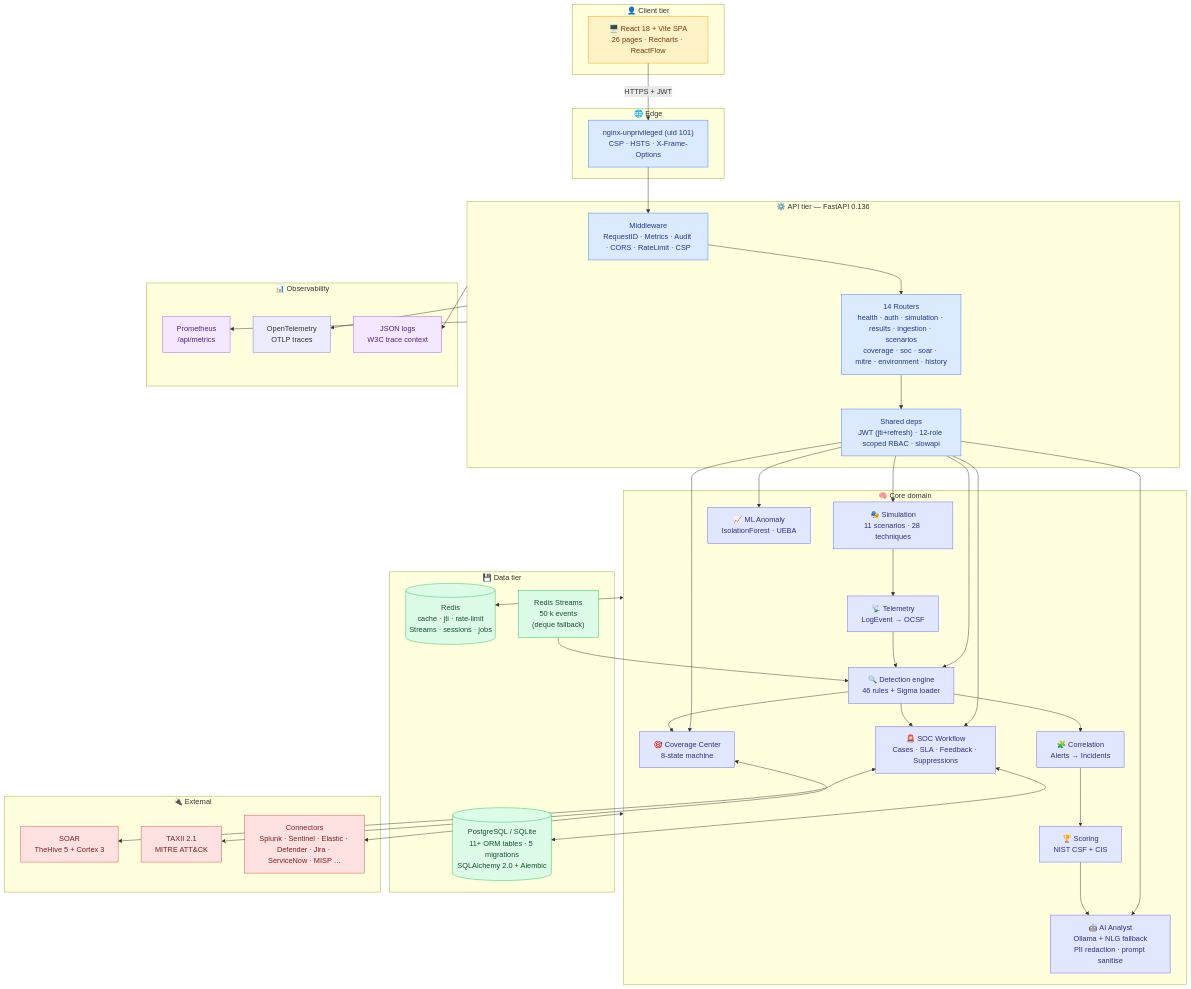
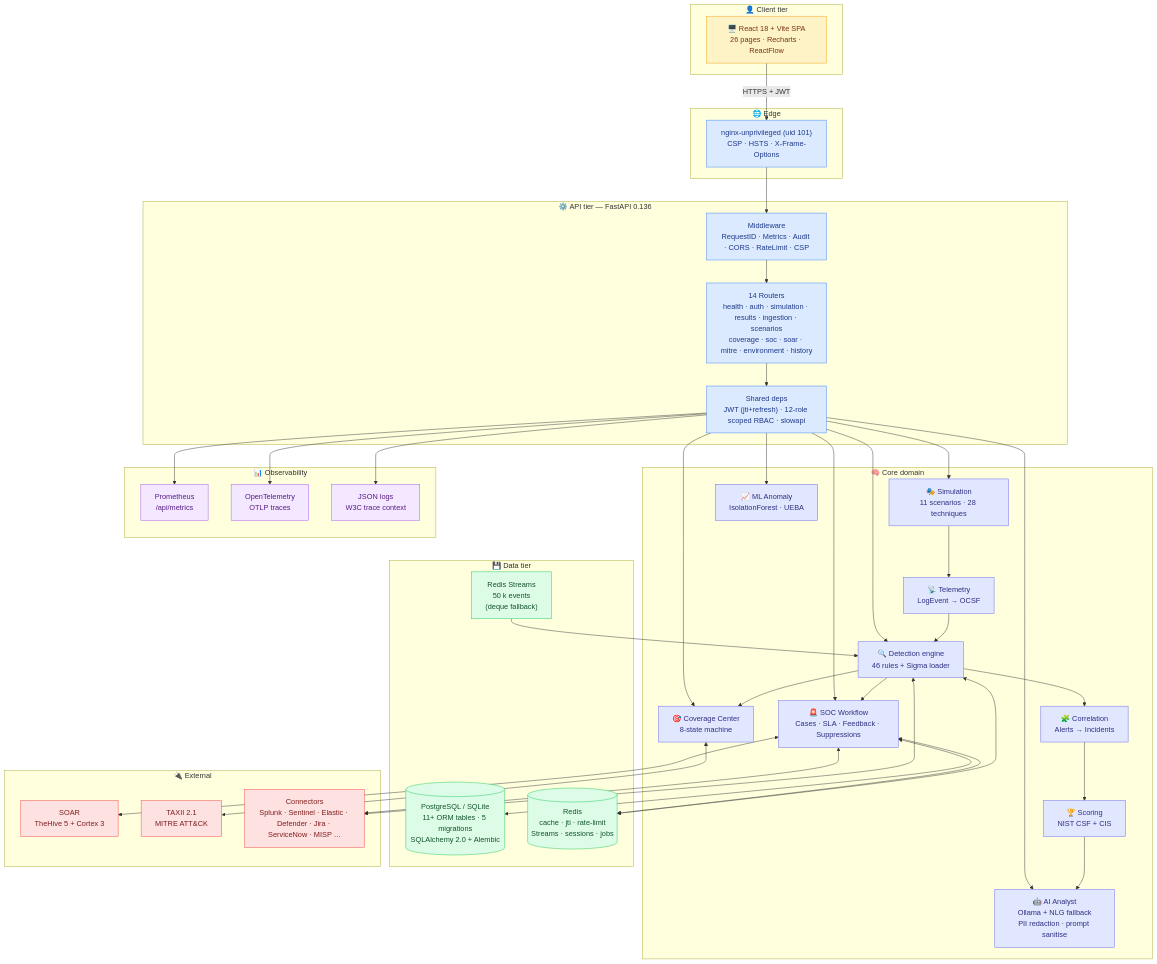
Before and after one commit to omarbabba779xx/CyberTwin-SOC: the fourth of 19 diagrams in README.md, drawn with Mermaid. The commit also changed other lines of this file, not shown here.

First line of the commit message:
docs(readme): fix Mermaid diagrams for GitHub rendering

````diff
--- a/README.md
+++ b/README.md
@@ -313,73 +313,75 @@
 ```mermaid
 flowchart TB
     subgraph Client["👤 Client tier"]
         UI["🖥️ React 18 + Vite SPA<br/>26 pages · Recharts · ReactFlow"]
     end
 
     subgraph Edge["🌐 Edge"]
         NX["nginx-unprivileged (uid 101)<br/>CSP · HSTS · X-Frame-Options"]
     end
 
     subgraph API["⚙️ API tier — FastAPI 0.136"]
         MW["Middleware<br/>RequestID · Metrics · Audit · CORS · RateLimit · CSP"]
         ROUT["14 Routers<br/>health · auth · simulation · results · ingestion · scenarios<br/>coverage · soc · soar · mitre · environment · history"]
         DEPS["Shared deps<br/>JWT (jti+refresh) · 12-role scoped RBAC · slowapi"]
     end
 
     subgraph Core["🧠 Core domain"]
         SIM["🎭 Simulation<br/>11 scenarios · 28 techniques"]
         TEL["📡 Telemetry<br/>LogEvent → OCSF"]
         DET["🔍 Detection engine<br/>46 rules + Sigma loader"]
         COR["🧩 Correlation<br/>Alerts → Incidents"]
         SCO["🏆 Scoring<br/>NIST CSF + CIS"]
         AI["🤖 AI Analyst<br/>Ollama + NLG fallback<br/>PII redaction · prompt sanitise"]
         ANO["📈 ML Anomaly<br/>IsolationForest · UEBA"]
         SOC["🚨 SOC Workflow<br/>Cases · SLA · Feedback · Suppressions"]
         COV["🎯 Coverage Center<br/>8-state machine"]
     end
 
     subgraph Data["💾 Data tier"]
         DB[("PostgreSQL / SQLite<br/>11+ ORM tables · 5 migrations<br/>SQLAlchemy 2.0 + Alembic")]
         REDIS[("Redis<br/>cache · jti · rate-limit<br/>Streams · sessions · jobs")]
         BUF["Redis Streams<br/>50 k events<br/>(deque fallback)"]
     end
 
     subgraph Obs["📊 Observability"]
         PROM["Prometheus<br/>/api/metrics"]
         OTEL["OpenTelemetry<br/>OTLP traces"]
         LOG["JSON logs<br/>W3C trace context"]
     end
 
     subgraph Ext["🔌 External"]
         SOAR["SOAR<br/>TheHive 5 + Cortex 3"]
         TAXII["TAXII 2.1<br/>MITRE ATT&CK"]
         CONN["Connectors<br/>Splunk · Sentinel · Elastic · Defender · Jira · ServiceNow · MISP …"]
     end
 
     UI -->|HTTPS + JWT| NX --> MW --> ROUT --> DEPS
     DEPS --> SIM & DET & SOC & COV & AI & ANO
     SIM --> TEL --> DET --> COR --> SCO --> AI
     DET --> SOC
     BUF --> DET
     SOC <--> DB
     DET --> COV
-    Core <--> REDIS
-    API --> PROM & OTEL & LOG
+    SOC <--> REDIS
+    DET <--> REDIS
+    DEPS --> PROM & OTEL & LOG
     SOC <--> SOAR
     COV <--> TAXII
-    Core <--> CONN
+    SOC <--> CONN
+    DET <--> CONN
 
     classDef client fill:#fef3c7,stroke:#f59e0b,color:#78350f
     classDef api fill:#dbeafe,stroke:#3b82f6,color:#1e3a8a
     classDef core fill:#e0e7ff,stroke:#6366f1,color:#312e81
     classDef data fill:#dcfce7,stroke:#22c55e,color:#14532d
     classDef obs fill:#f3e8ff,stroke:#a855f7,color:#581c87
     classDef ext fill:#fee2e2,stroke:#ef4444,color:#7f1d1d
 
     class UI client
     class NX,MW,ROUT,DEPS api
     class SIM,TEL,DET,COR,SCO,AI,ANO,SOC,COV core
     class DB,REDIS,BUF data
-    class PROM,LOG obs
+    class PROM,OTEL,LOG obs
     class SOAR,TAXII,CONN ext
 ```
````
